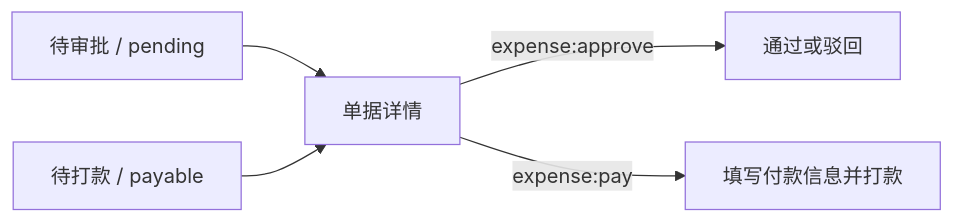
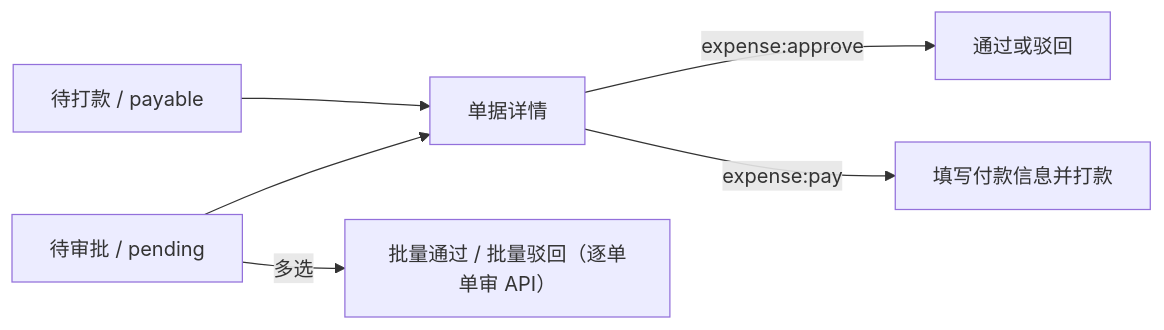
Before and after one commit to BruceChu0424/utenelec_imp: the diagram in docs/03-页面/报销审批列表页.md, drawn with Mermaid. The commit also changed other lines of this file and 714 other files, not shown here.

````diff
--- a/docs/03-页面/报销审批列表页.md
+++ b/docs/03-页面/报销审批列表页.md
@@ -18,7 +41,8 @@
 ```mermaid
 flowchart LR
     P["待审批 / pending"] --> D["单据详情"]
     M["待打款 / payable"] --> D
     D -->|expense:approve| A["通过或驳回"]
     D -->|expense:pay| Y["填写付款信息并打款"]
+    P -->|多选| B["批量通过 / 批量驳回（逐单单审 API）"]
 ```
````
